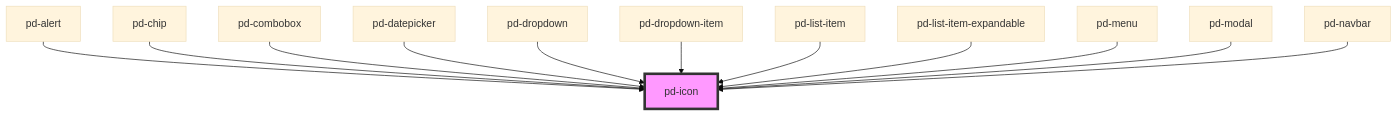
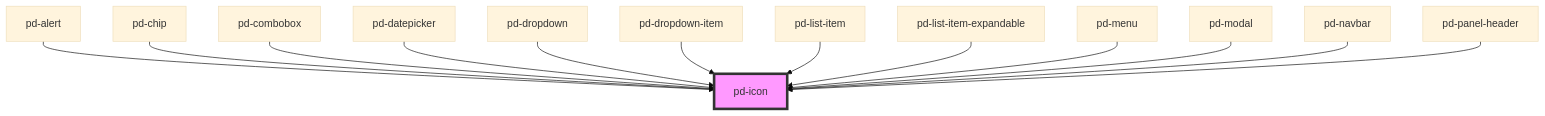
Before and after one commit to Lambda-IT/parlamentsdienste-components: the diagram in packages/core/src/components/pd-icon/readme.md, drawn with Mermaid (base theme). The commit also changed other lines of this file and 44 other files, not shown here.

````diff
--- a/packages/core/src/components/pd-icon/readme.md
+++ b/packages/core/src/components/pd-icon/readme.md
@@ -89,15 +90,16 @@
 ```mermaid
 graph TD;
   pd-alert --> pd-icon
   pd-chip --> pd-icon
   pd-combobox --> pd-icon
   pd-datepicker --> pd-icon
   pd-dropdown --> pd-icon
   pd-dropdown-item --> pd-icon
   pd-list-item --> pd-icon
   pd-list-item-expandable --> pd-icon
   pd-menu --> pd-icon
   pd-modal --> pd-icon
   pd-navbar --> pd-icon
+  pd-panel-header --> pd-icon
   style pd-icon fill:#f9f,stroke:#333,stroke-width:4px
 ```
````
